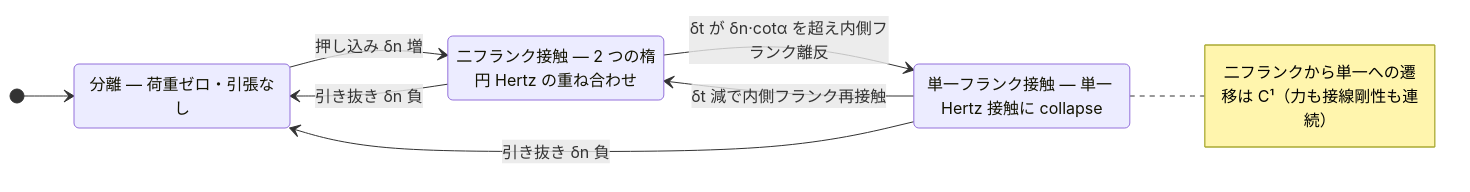
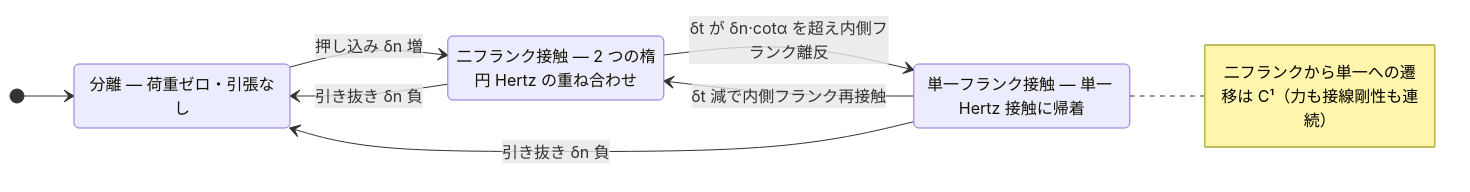
Before and after one commit to gyakusu/hertzian: the sixth of 7 diagrams in README.md, drawn with Mermaid. The commit also changed other lines of this file, not shown here.

````diff
--- a/README.md
+++ b/README.md
@@ -375,14 +376,14 @@
 ```mermaid
 stateDiagram-v2
     direction LR
     [*] --> Separated
     Separated --> TwoFlank: 押し込み δn 増
     TwoFlank --> OneFlank: δt が δn·cotα を超え内側フランク離反
     OneFlank --> TwoFlank: δt 減で内側フランク再接触
     TwoFlank --> Separated: 引き抜き δn 負
     OneFlank --> Separated: 引き抜き δn 負
     Separated: 分離 — 荷重ゼロ・引張なし
     TwoFlank: 二フランク接触 — 2 つの楕円 Hertz の重ね合わせ
-    OneFlank: 単一フランク接触 — 単一 Hertz 接触に collapse
+    OneFlank: 単一フランク接触 — 単一 Hertz 接触に帰着
     note right of OneFlank: 二フランクから単一への遷移は C¹（力も接線剛性も連続）
 ```
````
